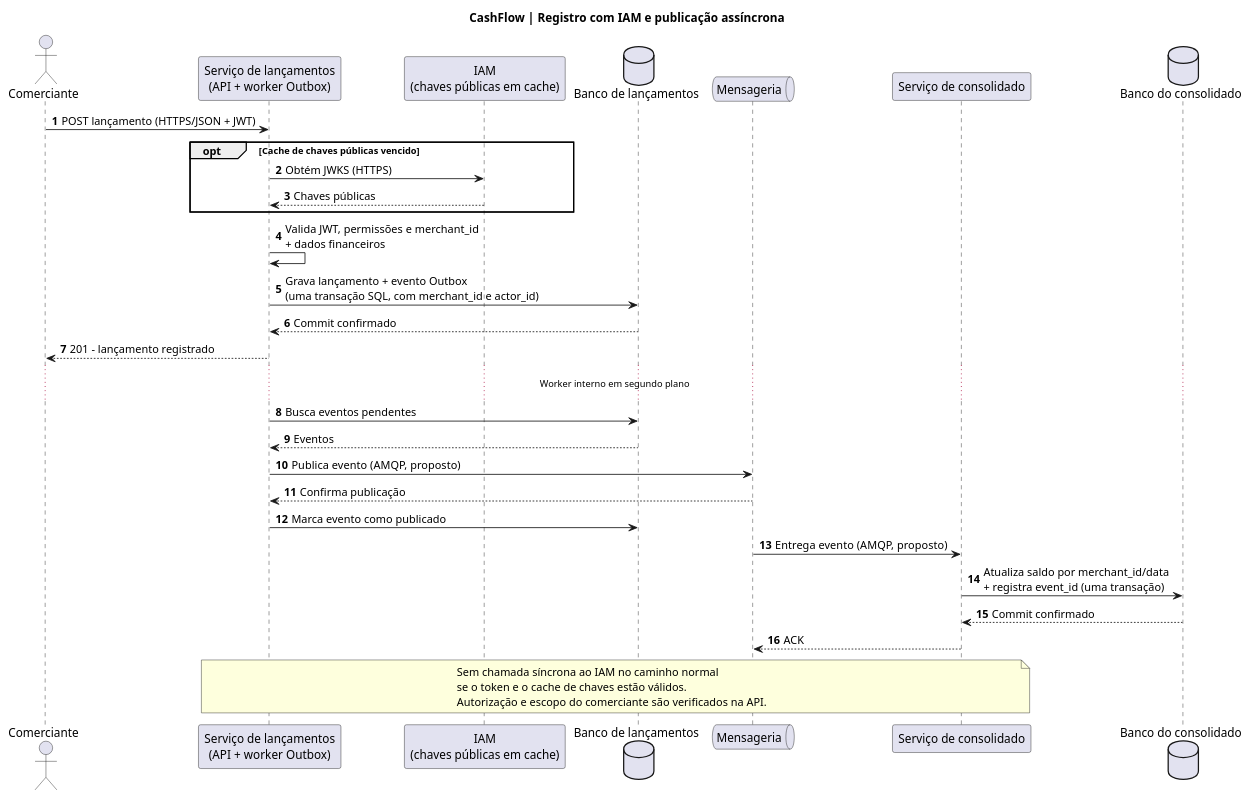
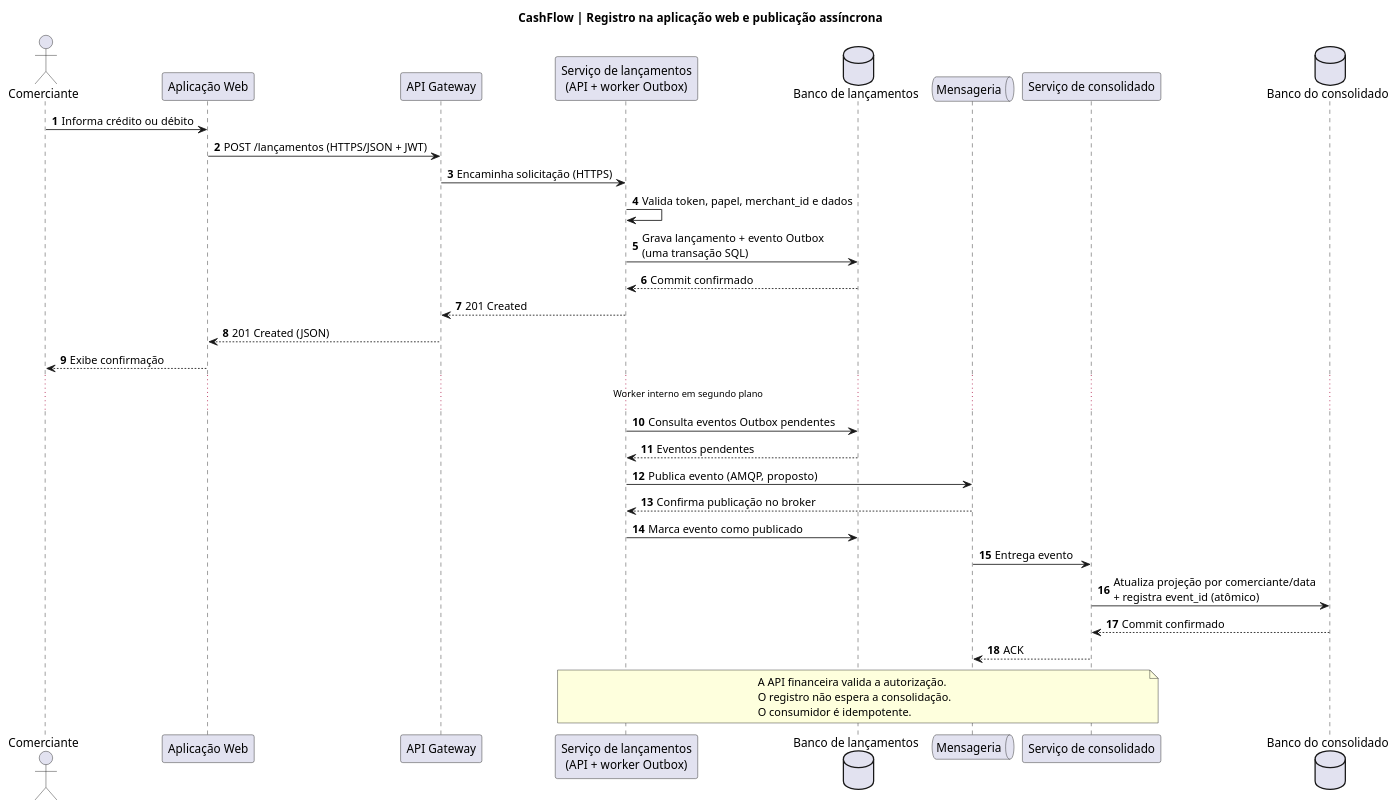
The diagram in docs/architecture/plantuml/sequence-register.puml (wolwerr/CashFlow-Architecture), drawn with PlantUML before and after one commit.

Commit message:
docs(sequence): reflect web frontend and API gateway user journeys (#6)

```diff
--- a/docs/architecture/plantuml/sequence-register.puml
+++ b/docs/architecture/plantuml/sequence-register.puml
@@ -1,35 +1,36 @@
 @startuml CashFlow_Register
-title CashFlow | Registro com IAM e publicação assíncrona
+title CashFlow | Registro na aplicação web e publicação assíncrona
 autonumber
 actor Comerciante
+participant "Aplicação Web" as W
+participant "API Gateway" as G
 participant "Serviço de lançamentos\n(API + worker Outbox)" as L
-participant "IAM\n(chaves públicas em cache)" as IAM
 database "Banco de lançamentos" as BL
 queue "Mensageria" as M
 participant "Serviço de consolidado" as C
 database "Banco do consolidado" as BC
-Comerciante -> L: POST lançamento (HTTPS/JSON + JWT)
-opt Cache de chaves públicas vencido
-  L -> IAM: Obtém JWKS (HTTPS)
-  IAM --> L: Chaves públicas
-end
-L -> L: Valida JWT, permissões e merchant_id\n+ dados financeiros
-L -> BL: Grava lançamento + evento Outbox\n(uma transação SQL, com merchant_id e actor_id)
+Comerciante -> W: Informa crédito ou débito
+W -> G: POST /lançamentos (HTTPS/JSON + JWT)
+G -> L: Encaminha solicitação (HTTPS)
+L -> L: Valida token, papel, merchant_id e dados
+L -> BL: Grava lançamento + evento Outbox\n(uma transação SQL)
 BL --> L: Commit confirmado
-L --> Comerciante: 201 - lançamento registrado
+L --> G: 201 Created
+G --> W: 201 Created (JSON)
+W --> Comerciante: Exibe confirmação
 ... Worker interno em segundo plano ...
-L -> BL: Busca eventos pendentes
-BL --> L: Eventos
+L -> BL: Consulta eventos Outbox pendentes
+BL --> L: Eventos pendentes
 L -> M: Publica evento (AMQP, proposto)
-M --> L: Confirma publicação
+M --> L: Confirma publicação no broker
 L -> BL: Marca evento como publicado
-M -> C: Entrega evento (AMQP, proposto)
-C -> BC: Atualiza saldo por merchant_id/data\n+ registra event_id (uma transação)
+M -> C: Entrega evento
+C -> BC: Atualiza projeção por comerciante/data\n+ registra event_id (atômico)
 BC --> C: Commit confirmado
 C --> M: ACK
 note over L,C
-Sem chamada síncrona ao IAM no caminho normal
-se o token e o cache de chaves estão válidos.
-Autorização e escopo do comerciante são verificados na API.
+A API financeira valida a autorização.
+O registro não espera a consolidação.
+O consumidor é idempotente.
 end note
 @enduml
```
